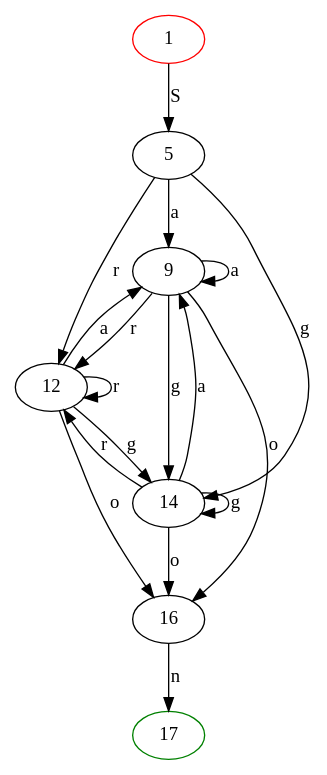
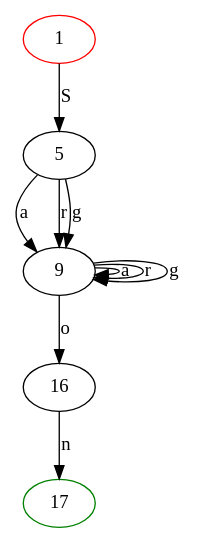
One commit to aboubacardiawara/DAAR changed the diagram in tme1/regex/derministicAutomate.dot. Above: the diagram before and after it, drawn with Graphviz. The commit also changed 1 other file, not shown here.

```diff
--- a/tme1/regex/derministicAutomate.dot
+++ b/tme1/regex/derministicAutomate.dot
@@ -1,22 +1,14 @@
 digraph {
 	1 [color="red"]
 	1 -> 5 [label="S"]
 	5 -> 9 [label="a"]
 	9 -> 9 [label="a"]
-	9 -> 12 [label="r"]
-	12 -> 9 [label="a"]
-	12 -> 12 [label="r"]
-	12 -> 14 [label="g"]
-	14 -> 9 [label="a"]
-	14 -> 12 [label="r"]
-	14 -> 14 [label="g"]
-	14 -> 16 [label="o"]
+	9 -> 9 [label="r"]
+	9 -> 9 [label="g"]
+	9 -> 16 [label="o"]
 	17 [color="green"]
 	16 -> 17 [label="n"]
 	17 [color="green"]
-	12 -> 16 [label="o"]
-	9 -> 14 [label="g"]
-	9 -> 16 [label="o"]
-	5 -> 12 [label="r"]
-	5 -> 14 [label="g"]
+	5 -> 9 [label="r"]
+	5 -> 9 [label="g"]
 }
```
